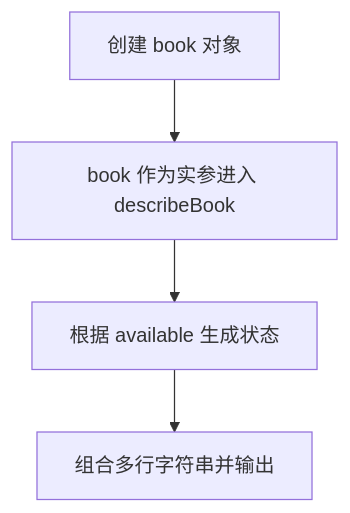
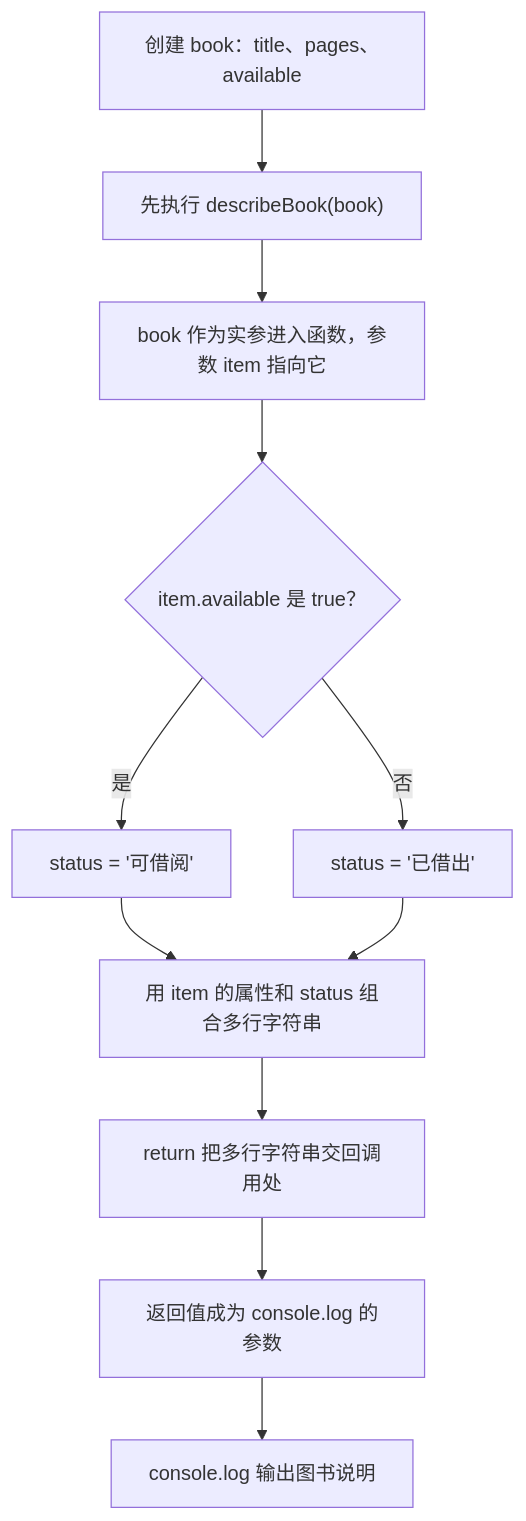
Before and after one commit to zoran-sid/Typescript_practice: the diagram in beginner/docs/day06/README.md, drawn with Mermaid. The commit also changed other lines of this file and 56 other files, not shown here.

````diff
--- a/beginner/docs/day06/README.md
+++ b/beginner/docs/day06/README.md
@@ -184,7 +184,13 @@
 ```mermaid
 flowchart TD
-  A["创建 book 对象"] --> B
-  B["book 作为实参进入 describeBook"] --> C
-  C["根据 available 生成状态"] --> D
-  D["组合多行字符串并输出"]
+  A["创建 book：title、pages、available"] --> B
+  B["先执行 describeBook(book)"] --> C
+  C["book 作为实参进入函数，参数 item 指向它"] --> D{"item.available 是 true？"}
+  D -- "是" --> E["status = '可借阅'"]
+  D -- "否" --> F["status = '已借出'"]
+  E --> G["用 item 的属性和 status 组合多行字符串"]
+  F --> G
+  G --> H["return 把多行字符串交回调用处"]
+  H --> I["返回值成为 console.log 的参数"]
+  I --> J["console.log 输出图书说明"]
 ```
````
